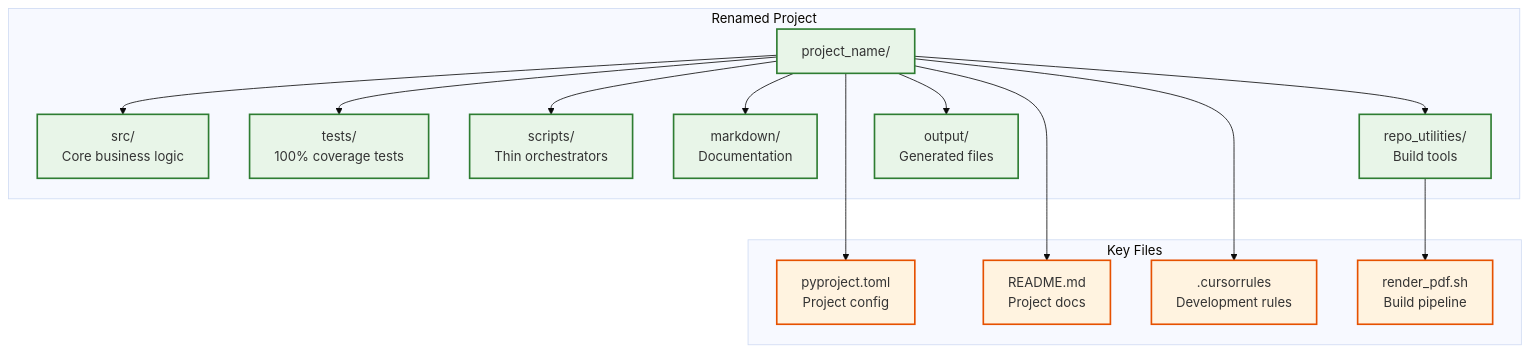
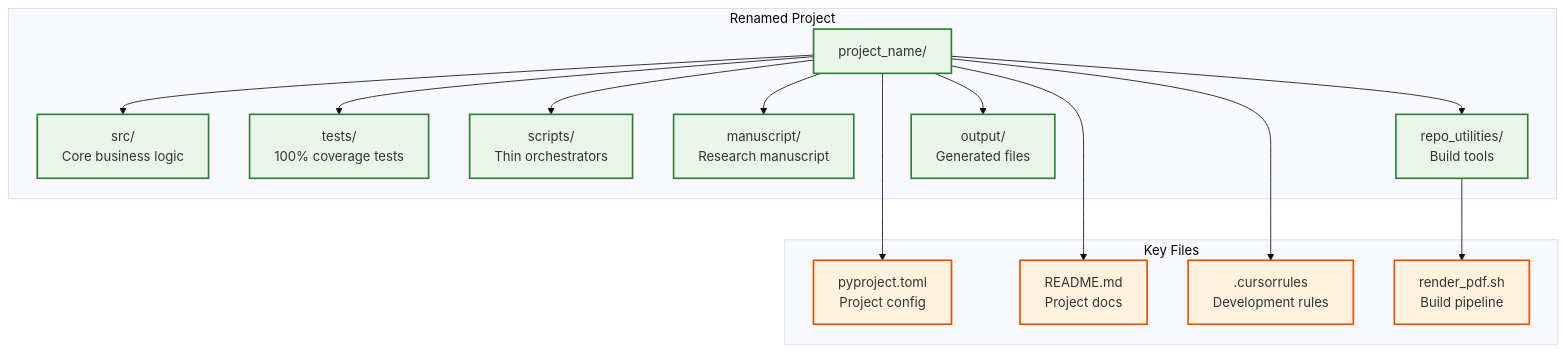
One commit to docxology/template changed the first of 2 diagrams in docs/EXAMPLES.md. Above: the diagram before and after it, drawn with Mermaid (base theme). The commit also changed other lines of this file and 45 other files, not shown here.

````diff
--- a/docs/EXAMPLES.md
+++ b/docs/EXAMPLES.md
@@ -75,37 +75,37 @@
 ```mermaid
 graph TB
     subgraph "Renamed Project"
         ROOT[project_name/]
         SRC[src/<br/>Core business logic]
         TESTS[tests/<br/>100% coverage tests]
         SCRIPTS[scripts/<br/>Thin orchestrators]
-        MD[markdown/<br/>Documentation]
+        MANUSCRIPT[manuscript/<br/>Research manuscript]
         REPO_UTILS[repo_utilities/<br/>Build tools]
         OUTPUT[output/<br/>Generated files]
     end
     
     subgraph "Key Files"
         PYPROJECT[pyproject.toml<br/>Project config]
         README[README.md<br/>Project docs]
         CURSORRULES[.cursorrules<br/>Development rules]
         RENDER[render_pdf.sh<br/>Build pipeline]
     end
     
     ROOT --> SRC
     ROOT --> TESTS
     ROOT --> SCRIPTS
-    ROOT --> MD
+    ROOT --> MANUSCRIPT
     ROOT --> REPO_UTILS
     ROOT --> OUTPUT
     
     ROOT --> PYPROJECT
     ROOT --> README
     ROOT --> CURSORRULES
     REPO_UTILS --> RENDER
     
     classDef dir fill:#e8f5e8,stroke:#2e7d32,stroke-width:2px
     classDef file fill:#fff3e0,stroke:#e65100,stroke-width:2px
     
-    class ROOT,SRC,TESTS,SCRIPTS,MD,REPO_UTILS,OUTPUT dir
+    class ROOT,SRC,TESTS,SCRIPTS,MANUSCRIPT,REPO_UTILS,OUTPUT dir
     class PYPROJECT,README,CURSORRULES,RENDER file
 ```
````
